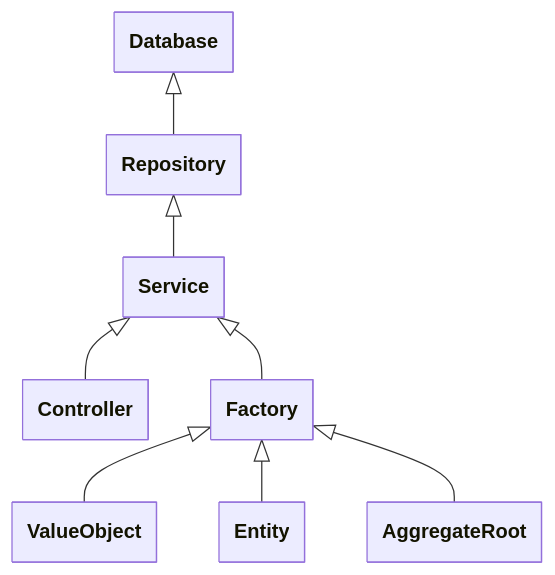
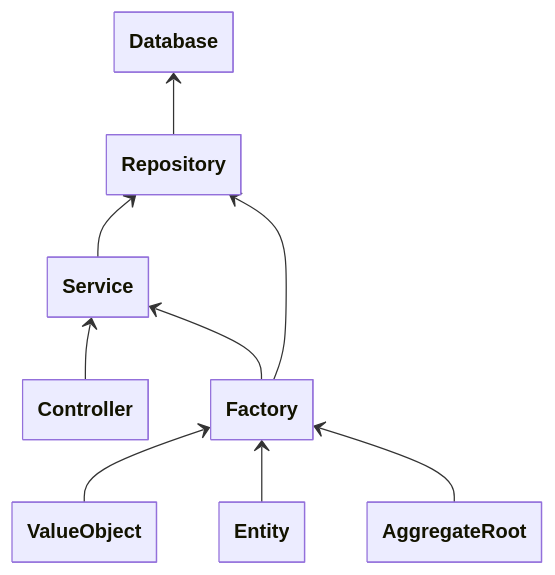
One commit to AndreaB2000/ASW-project changed the diagram in docs/uml/architecture.md. Above: the diagram before and after it, drawn with Mermaid. The commit also changed 1 other file, not shown here.

Commit message:
docs(ddd): update the ubiquitous language

````diff
--- a/docs/uml/architecture.md
+++ b/docs/uml/architecture.md
@@ -3,25 +3,26 @@
 ```mermaid
 ---
 config:
     class:
         hideEmptyMembersBox: true
 ---
 
 classDiagram
     class Database
     class Repository
     class Service
     class Controller
     class Factory
     class ValueObject
     class Entity
     class AggregateRoot
 
-    Database <|-- Repository
-    Repository <|-- Service
-    Service <|-- Controller
-    Service <|-- Factory
-    Factory <|-- ValueObject
-    Factory <|-- Entity
-    Factory <|-- AggregateRoot
+    Database <-- Repository
+    Repository <-- Service
+    Repository <-- Factory
+    Service <-- Controller
+    Service <-- Factory
+    Factory <-- ValueObject
+    Factory <-- Entity
+    Factory <-- AggregateRoot
 ```
````
